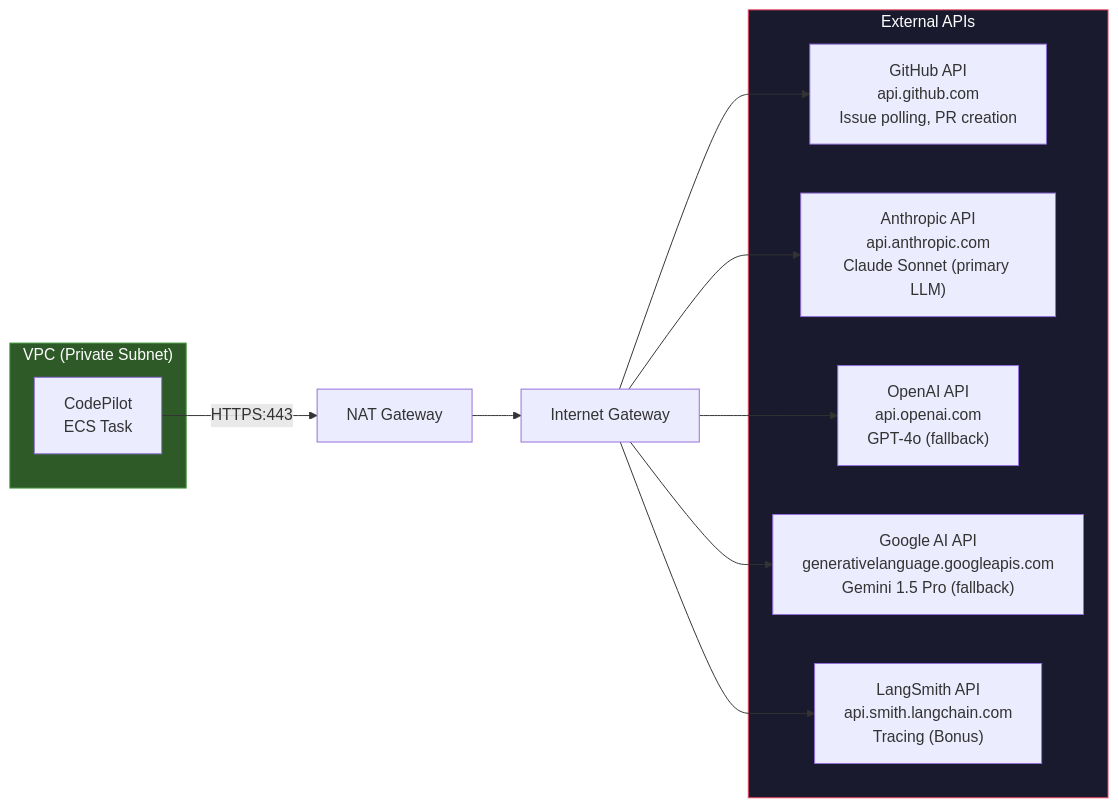
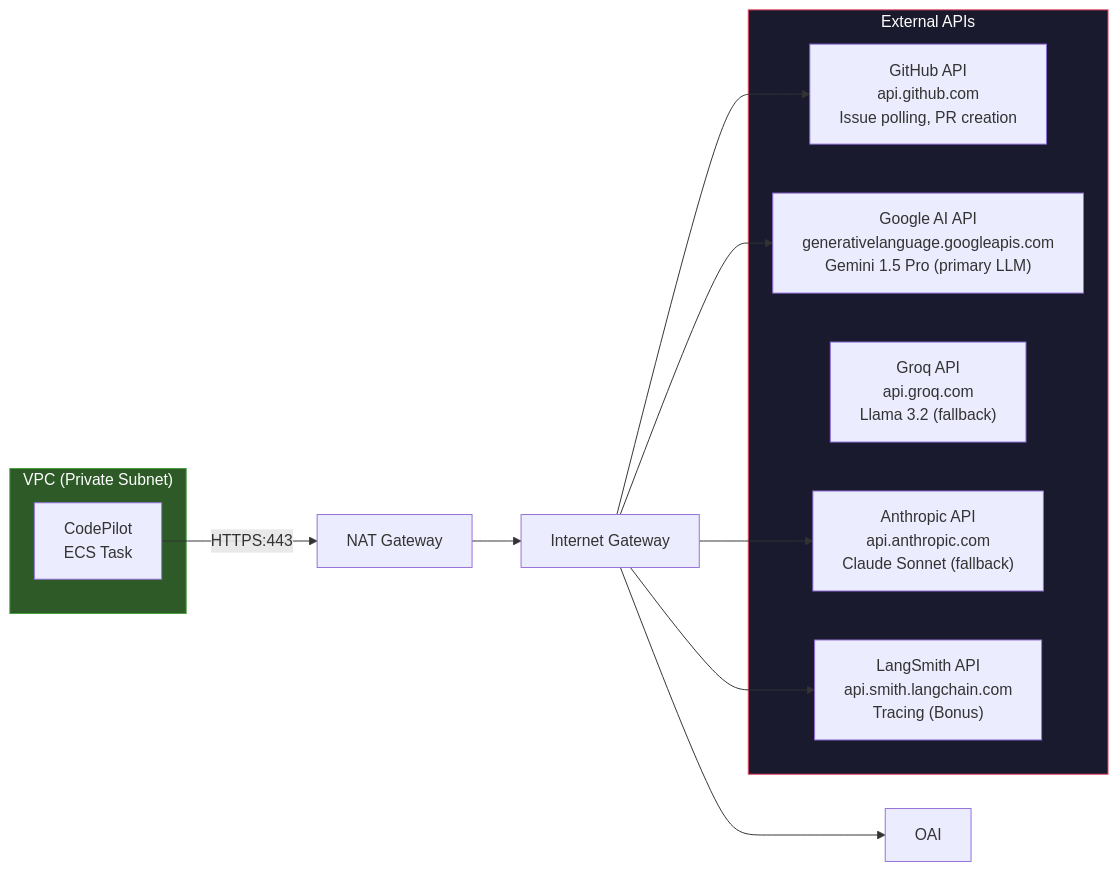
Before and after one commit to saurabhkaushik120692/codepilot-agent: the fifth of 10 diagrams in docs/network_architecture.md, drawn with Mermaid. The commit also changed 14 other files, not shown here.

````diff
--- a/docs/network_architecture.md
+++ b/docs/network_architecture.md
@@ -318,29 +318,29 @@
 ```mermaid
 graph LR
     subgraph VPC["VPC (Private Subnet)"]
         ECS["CodePilot<br/>ECS Task"]
     end
 
     NAT["NAT Gateway"]
     IGW["Internet Gateway"]
 
     ECS -->|"HTTPS:443"| NAT
     NAT --> IGW
 
     subgraph External["External APIs"]
         GH["GitHub API<br/>api.github.com<br/>Issue polling, PR creation"]
-        ANTH["Anthropic API<br/>api.anthropic.com<br/>Claude Sonnet (primary LLM)"]
-        OAI["OpenAI API<br/>api.openai.com<br/>GPT-4o (fallback)"]
-        GOOG["Google AI API<br/>generativelanguage.googleapis.com<br/>Gemini 1.5 Pro (fallback)"]
+        GOOG["Google AI API<br/>generativelanguage.googleapis.com<br/>Gemini 1.5 Pro (primary LLM)"]
+        GROQ["Groq API<br/>api.groq.com<br/>Llama 3.2 (fallback)"]
+        ANTH["Anthropic API<br/>api.anthropic.com<br/>Claude Sonnet (fallback)"]
         LS["LangSmith API<br/>api.smith.langchain.com<br/>Tracing (Bonus)"]
     end
 
     IGW --> GH
     IGW --> ANTH
     IGW --> OAI
     IGW --> GOOG
     IGW --> LS
 
     style VPC fill:#2d5a27,stroke:#4a9e42,color:#fff
     style External fill:#1a1a2e,stroke:#e94560,color:#fff
 ```
````
